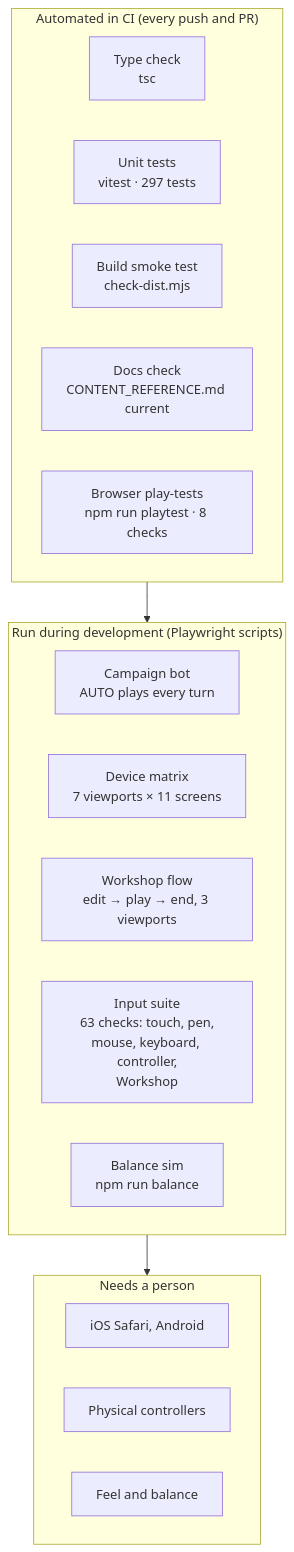
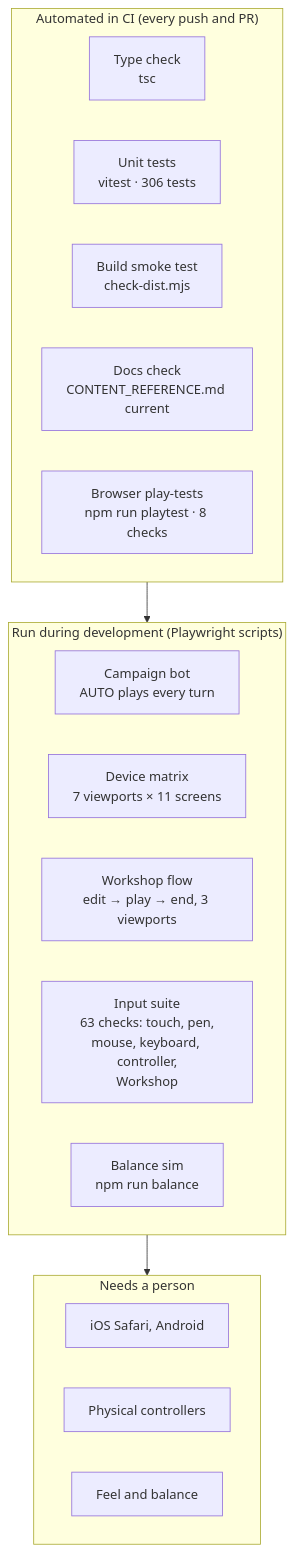
One commit to CptNope/Chess-RPG-Tactics changed the diagram in docs/TESTING.md. Above: the diagram before and after it, drawn with Mermaid. The commit also changed other lines of this file and 24 other files, not shown here.

````diff
--- a/docs/TESTING.md
+++ b/docs/TESTING.md
@@ -9,23 +9,23 @@
 ```mermaid
 flowchart TB
     subgraph Auto["Automated in CI (every push and PR)"]
         T1["Type check<br/>tsc"]
-        T2["Unit tests<br/>vitest · 297 tests"]
+        T2["Unit tests<br/>vitest · 306 tests"]
         T3["Build smoke test<br/>check-dist.mjs"]
         T4["Docs check<br/>CONTENT_REFERENCE.md current"]
         T5["Browser play-tests<br/>npm run playtest · 8 checks"]
     end
     subgraph Dev["Run during development (Playwright scripts)"]
         P1["Campaign bot<br/>AUTO plays every turn"]
         P2["Device matrix<br/>7 viewports × 11 screens"]
         P4["Workshop flow<br/>edit → play → end, 3 viewports"]
         P3["Input suite<br/>63 checks: touch, pen,<br/>mouse, keyboard, controller,<br/>Workshop"]
         P5["Balance sim<br/>npm run balance"]
     end
     subgraph Human["Needs a person"]
         H1["iOS Safari, Android"]
         H2["Physical controllers"]
         H3["Feel and balance"]
     end
     Auto --> Dev --> Human
 ```
````
